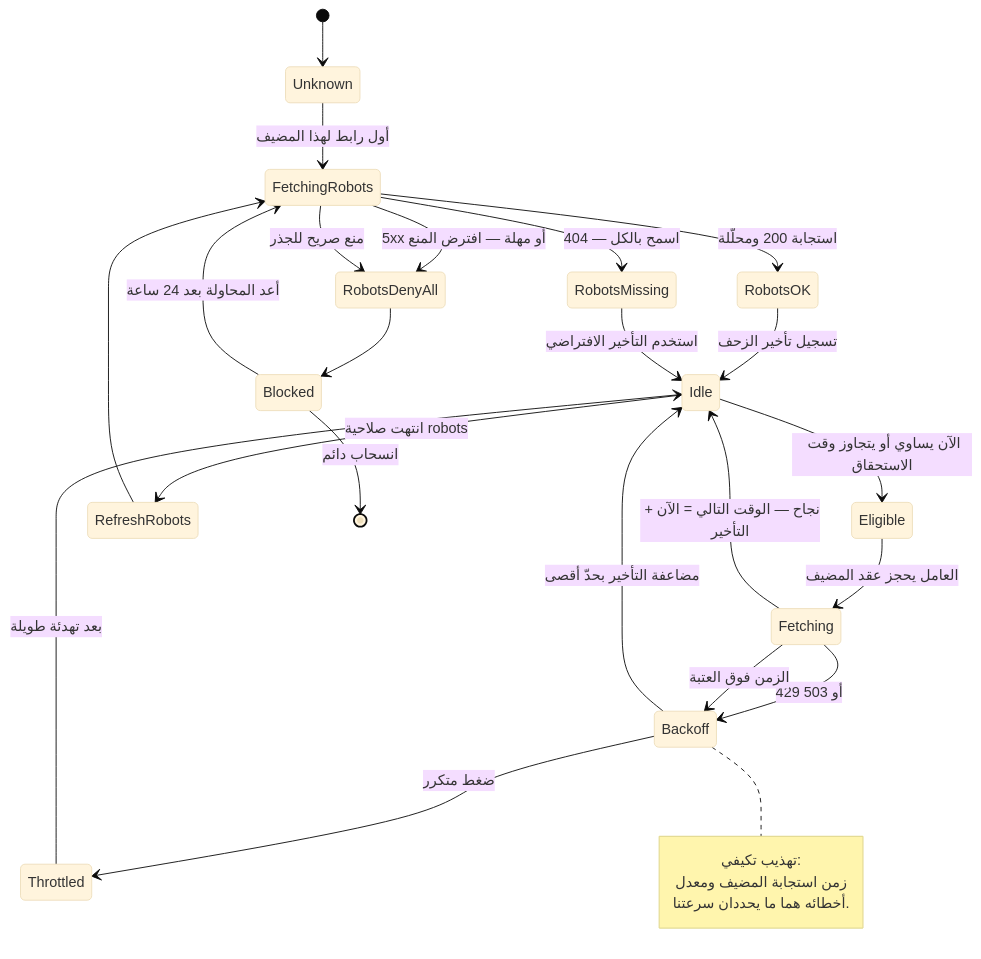
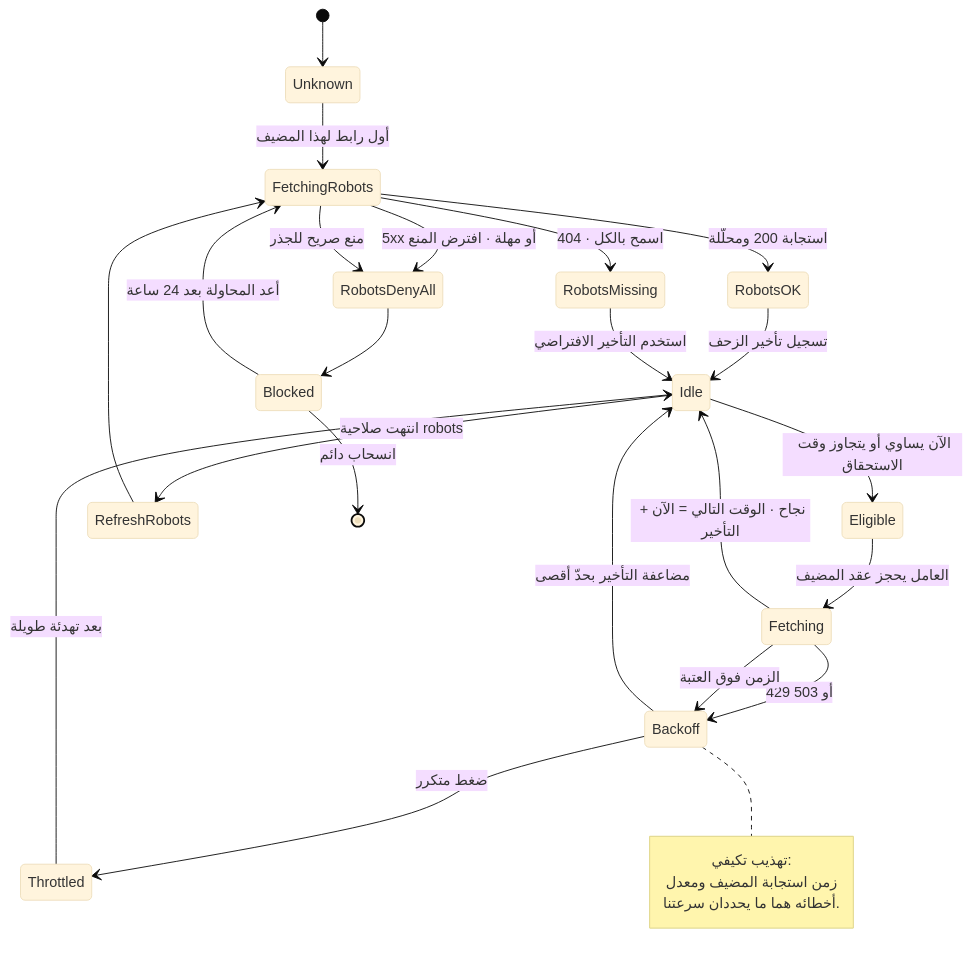
One commit to ahmedselimmansor-ctrl/google-search-system-design changed the third of 6 diagrams in docs/ar/04-crawling.md. Above: the diagram before and after it, drawn with Mermaid (base theme). The commit also changed other lines of this file and 89 other files, not shown here.

````diff
--- a/docs/ar/04-crawling.md
+++ b/docs/ar/04-crawling.md
@@ -187,36 +187,36 @@
 ```mermaid
 stateDiagram-v2
     [*] --> Unknown
 
     Unknown --> FetchingRobots: أول رابط لهذا المضيف
     FetchingRobots --> RobotsOK: استجابة 200 ومحلَّلة
-    FetchingRobots --> RobotsMissing: 404 — اسمح بالكل
-    FetchingRobots --> RobotsDenyAll: 5xx أو مهلة — افترض المنع
+    FetchingRobots --> RobotsMissing: 404 · اسمح بالكل
+    FetchingRobots --> RobotsDenyAll: 5xx أو مهلة · افترض المنع
     FetchingRobots --> RobotsDenyAll: منع صريح للجذر
 
     RobotsOK --> Idle: تسجيل تأخير الزحف
     RobotsMissing --> Idle: استخدم التأخير الافتراضي
     RobotsDenyAll --> Blocked
 
     Idle --> Eligible: الآن يساوي أو يتجاوز وقت الاستحقاق
     Eligible --> Fetching: العامل يحجز عقد المضيف
-    Fetching --> Idle: نجاح — الوقت التالي = الآن + التأخير
+    Fetching --> Idle: نجاح · الوقت التالي = الآن + التأخير
 
     Fetching --> Backoff: 429 أو 503
     Fetching --> Backoff: الزمن فوق العتبة
     Backoff --> Idle: مضاعفة التأخير بحدّ أقصى
     Backoff --> Throttled: ضغط متكرر
     Throttled --> Idle: بعد تهدئة طويلة
 
     Idle --> RefreshRobots: انتهت صلاحية robots
     RefreshRobots --> FetchingRobots
 
     Blocked --> FetchingRobots: أعد المحاولة بعد 24 ساعة
     Blocked --> [*]: انسحاب دائم
 
     note right of Backoff
         تهذيب تكيفي:
         زمن استجابة المضيف ومعدل
         أخطائه هما ما يحددان سرعتنا.
     end note
 ```
````
